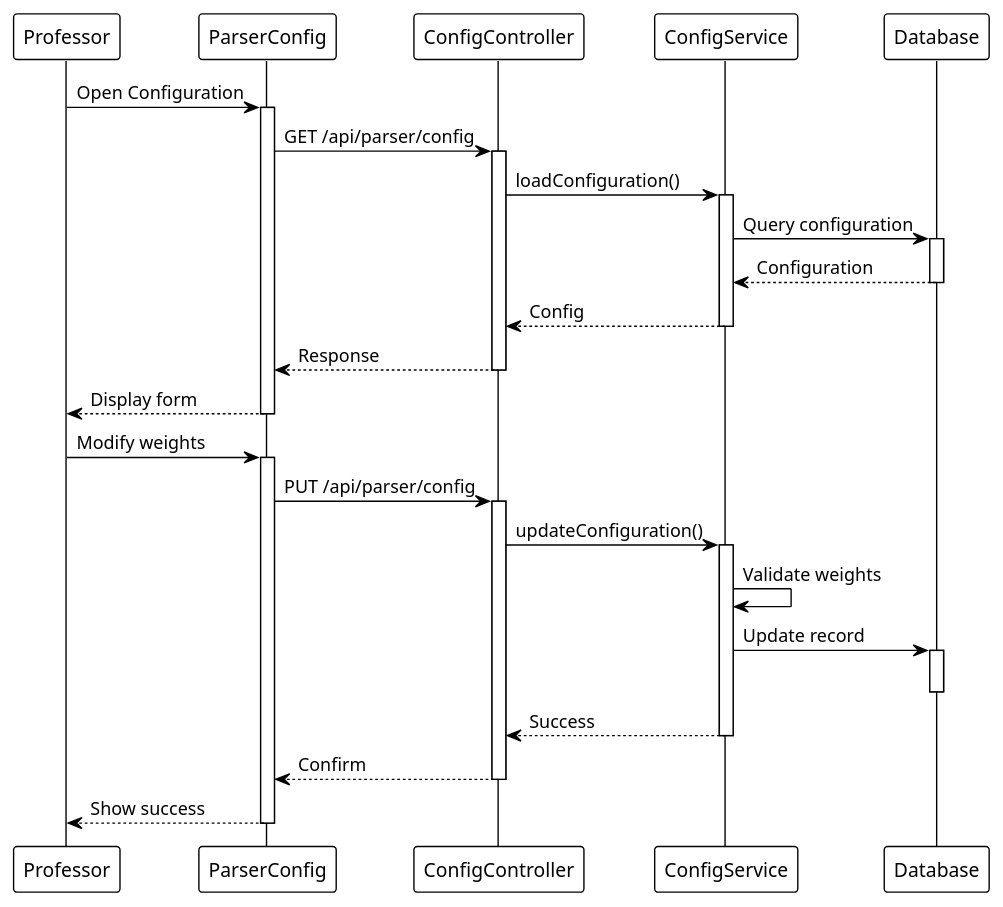
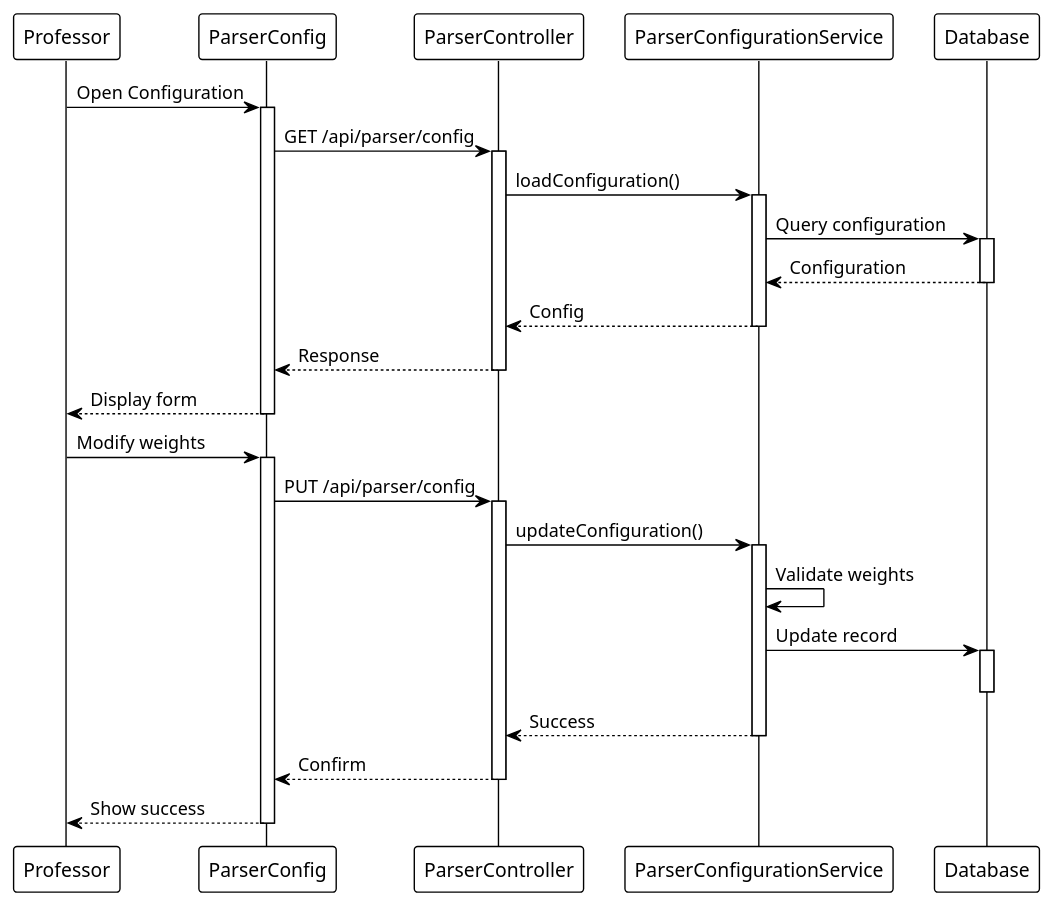
One commit to lawas-tess/SPMP-Evaluator changed the fourth of 6 diagrams in Capstone Files/Module3.md. Above: the diagram before and after it, drawn with PlantUML. The commit also changed other lines of this file and 8 other files, not shown here.

Commit message:
Add AI integration architecture docs, PlantUML diagrams, and presentation script; Update modules with hybrid AI approach; Switch to Amazon Nova model with timeout protection

````diff
--- a/Capstone Files/Module3.md
+++ b/Capstone Files/Module3.md
@@ -437,44 +485,44 @@
 ```plantuml
 @startuml ParserConfiguration_Sequence
 !theme plain
 participant "Professor" as Prof
 participant "ParserConfig" as UI
-participant "ConfigController" as Ctrl
-participant "ConfigService" as Service
+participant "ParserController" as Ctrl
+participant "ParserConfigurationService" as Service
 participant "Database" as DB
 
 Prof -> UI: Open Configuration
 activate UI
 UI -> Ctrl: GET /api/parser/config
 activate Ctrl
 Ctrl -> Service: loadConfiguration()
 activate Service
 Service -> DB: Query configuration
 activate DB
 DB --> Service: Configuration
 deactivate DB
 Service --> Ctrl: Config
 deactivate Service
 Ctrl --> UI: Response
 deactivate Ctrl
 UI --> Prof: Display form
 deactivate UI
 
 Prof -> UI: Modify weights
 activate UI
 UI -> Ctrl: PUT /api/parser/config
 activate Ctrl
 Ctrl -> Service: updateConfiguration()
 activate Service
 Service -> Service: Validate weights
 Service -> DB: Update record
 activate DB
 deactivate DB
 Service --> Ctrl: Success
 deactivate Service
 Ctrl --> UI: Confirm
 deactivate Ctrl
 UI --> Prof: Show success
 deactivate UI
 @enduml
 ```
````
